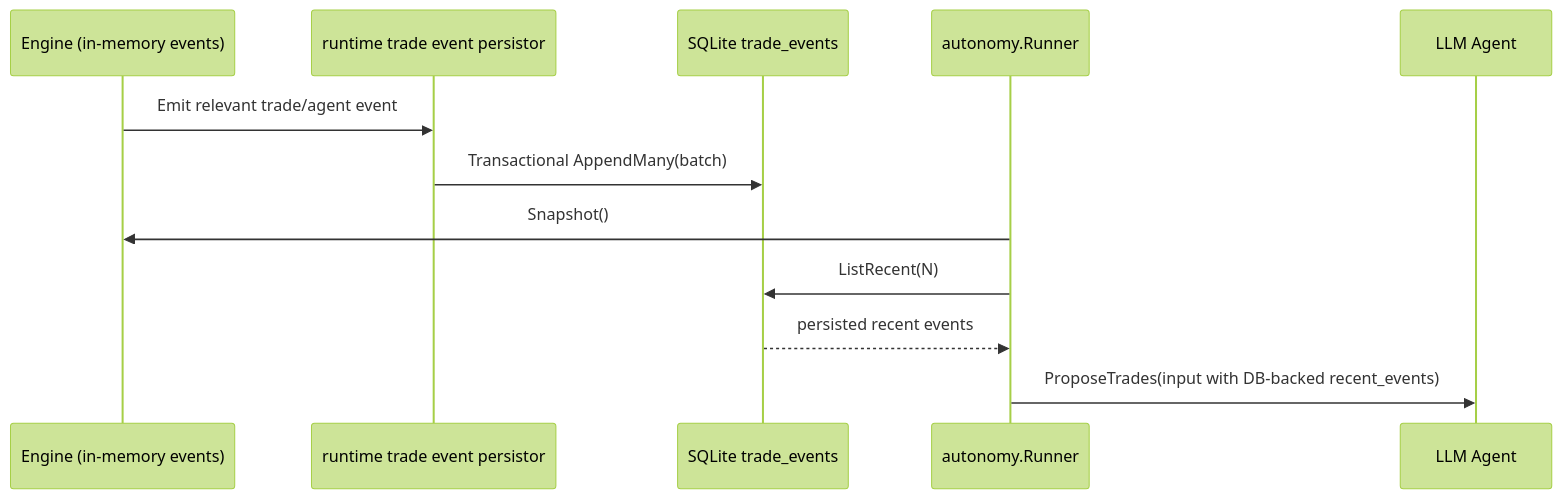
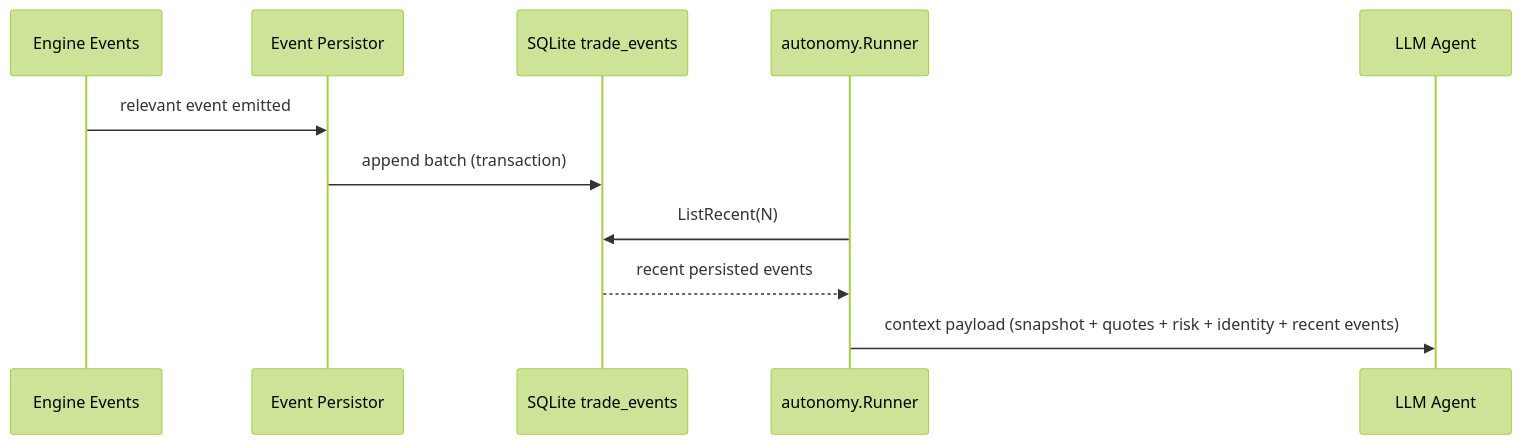
Before and after one commit to nerdstep/helix-tui: the sixth of 7 diagrams in docs/architecture.md, drawn with Mermaid (forest theme). The commit also changed other lines of this file and 8 other files, not shown here.

````diff
--- a/docs/architecture.md
+++ b/docs/architecture.md
@@ -167,15 +158,14 @@
 ```mermaid
 sequenceDiagram
-    participant E as Engine (in-memory events)
-    participant P as runtime trade event persistor
-    participant DB as SQLite trade_events
+    participant E as Engine Events
+    participant P as Event Persistor
+    participant D as SQLite trade_events
     participant R as autonomy.Runner
     participant L as LLM Agent
 
-    E->>P: Emit relevant trade/agent event
-    P->>DB: Transactional AppendMany(batch)
-    R->>E: Snapshot()
-    R->>DB: ListRecent(N)
-    DB-->>R: persisted recent events
-    R->>L: ProposeTrades(input with DB-backed recent_events)
+    E->>P: relevant event emitted
+    P->>D: append batch (transaction)
+    R->>D: ListRecent(N)
+    D-->>R: recent persisted events
+    R->>L: context payload (snapshot + quotes + risk + identity + recent events)
 ```
````
